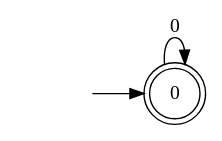
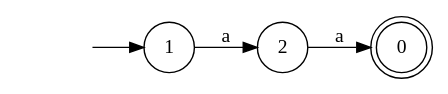
Before and after one commit to Faymiaouent/Automa4U: the diagram in dotfiles/DFA7.dot, drawn with Graphviz. The commit also changed 100 other files, not shown here.

```diff
--- a/dotfiles/DFA7.dot
+++ b/dotfiles/DFA7.dot
@@ -1,7 +1,10 @@
 digraph Automaton {
   rankdir = LR;
 0 [shape=doublecircle]; 
+node [shape=circle];
   initial [shape=plaintext,label=""];
-  initial -> 0
-  0 -> 0 [label="0"];
+  initial -> 1
+  1 -> 2 [label="a"];
+node [shape=circle];
+  2 -> 0 [label="a"];
 }
```
